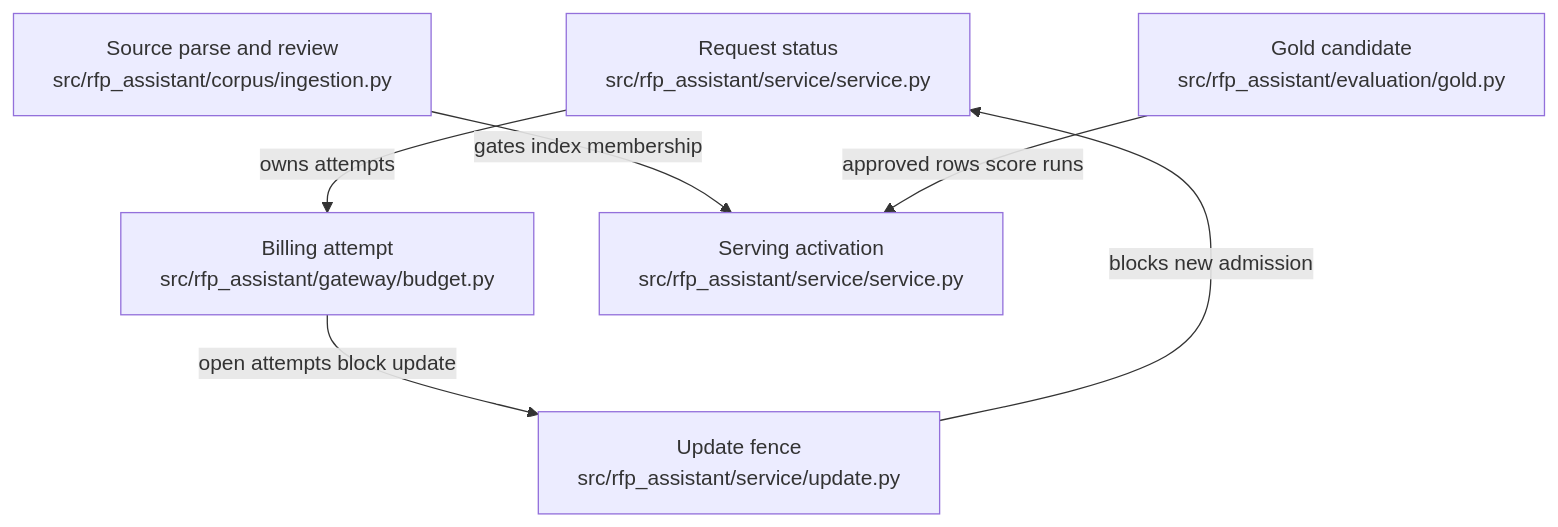
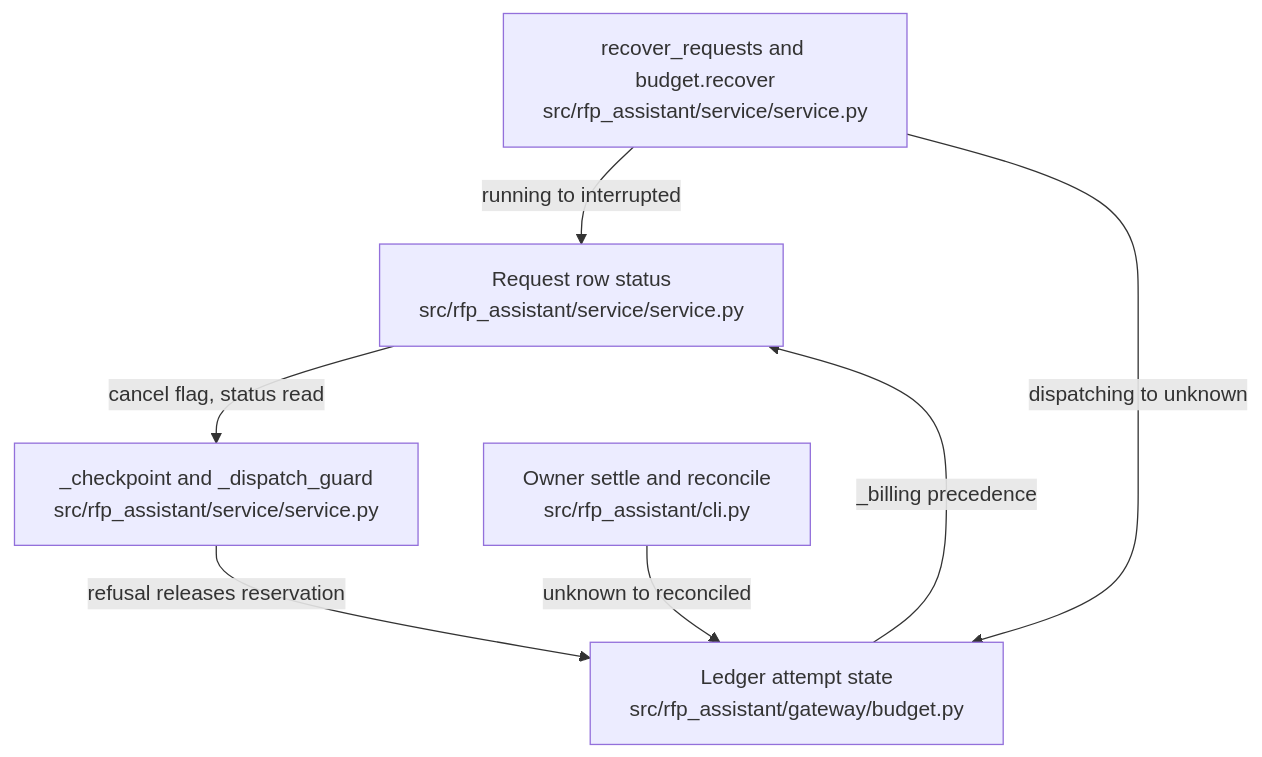
The diagram in .omm/state-transitions/diagram.mmd (littleeeeebit/project-codeit-mid), drawn with Mermaid before and after one commit. The commit also changed 402 other files, not shown here.

```diff
--- a/.omm/state-transitions/diagram.mmd
+++ b/.omm/state-transitions/diagram.mmd
@@ -1,6 +1,12 @@
 graph TD
-  request-status["Request status\nsrc/rfp_assistant/service/service.py"] -->|"owns attempts"| billing-attempt["Billing attempt\nsrc/rfp_assistant/gateway/budget.py"]
-  source-review["Source parse and review\nsrc/rfp_assistant/corpus/ingestion.py"] -->|"gates index membership"| serving-activation["Serving activation\nsrc/rfp_assistant/service/service.py"]
-  gold-candidate["Gold candidate\nsrc/rfp_assistant/evaluation/gold.py"] -->|"approved rows score runs"| serving-activation
-  update-fence["Update fence\nsrc/rfp_assistant/service/update.py"] -->|"blocks new admission"| request-status
-  billing-attempt -->|"open attempts block update"| update-fence
+  request-states["Request row status\nsrc/rfp_assistant/service/service.py"]
+  attempt-states["Ledger attempt state\nsrc/rfp_assistant/gateway/budget.py"]
+  stop-checkpoint["_checkpoint and _dispatch_guard\nsrc/rfp_assistant/service/service.py"]
+  restart-recovery["recover_requests and budget.recover\nsrc/rfp_assistant/service/service.py"]
+  owner-reconcile["Owner settle and reconcile\nsrc/rfp_assistant/cli.py"]
+  request-states -->|"cancel flag, status read"| stop-checkpoint
+  stop-checkpoint -->|"refusal releases reservation"| attempt-states
+  attempt-states -->|"_billing precedence"| request-states
+  restart-recovery -->|"running to interrupted"| request-states
+  restart-recovery -->|"dispatching to unknown"| attempt-states
+  owner-reconcile -->|"unknown to reconciled"| attempt-states
```
